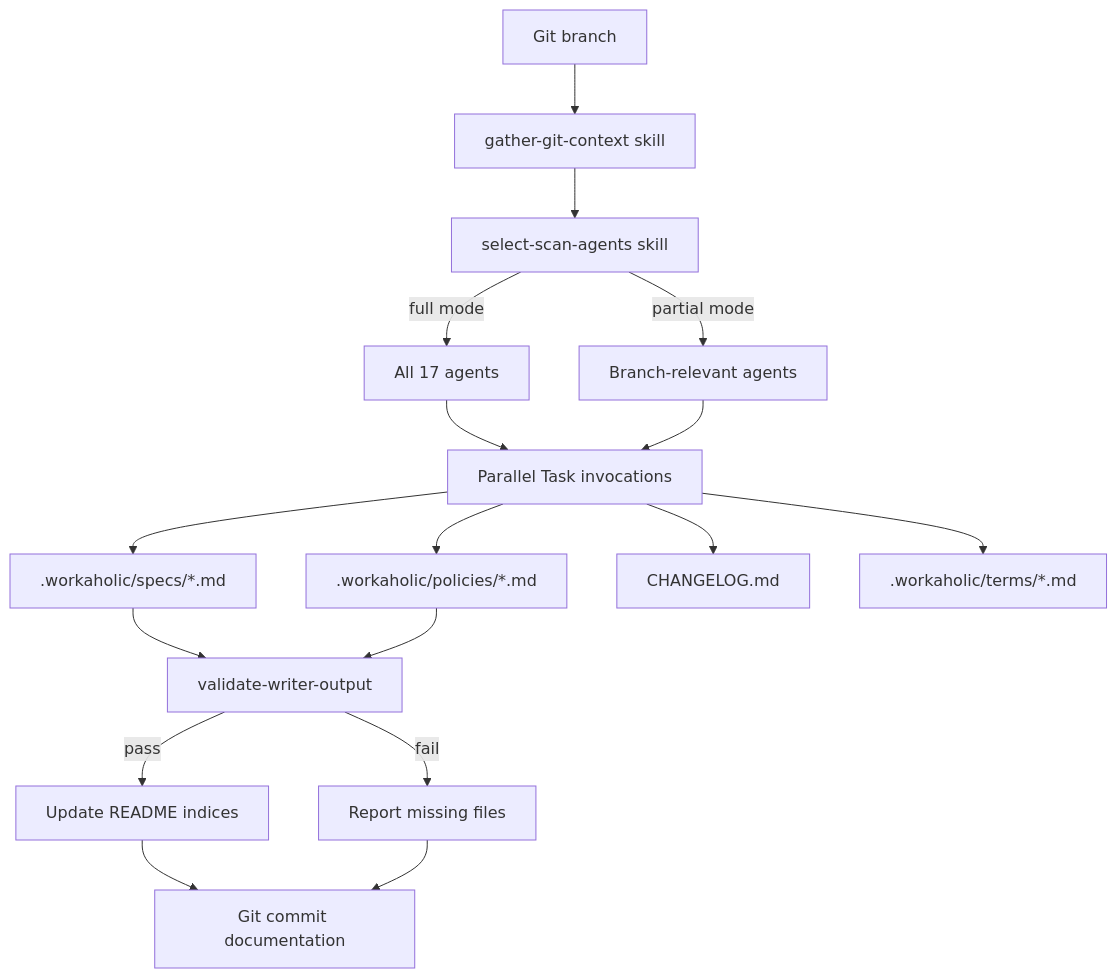
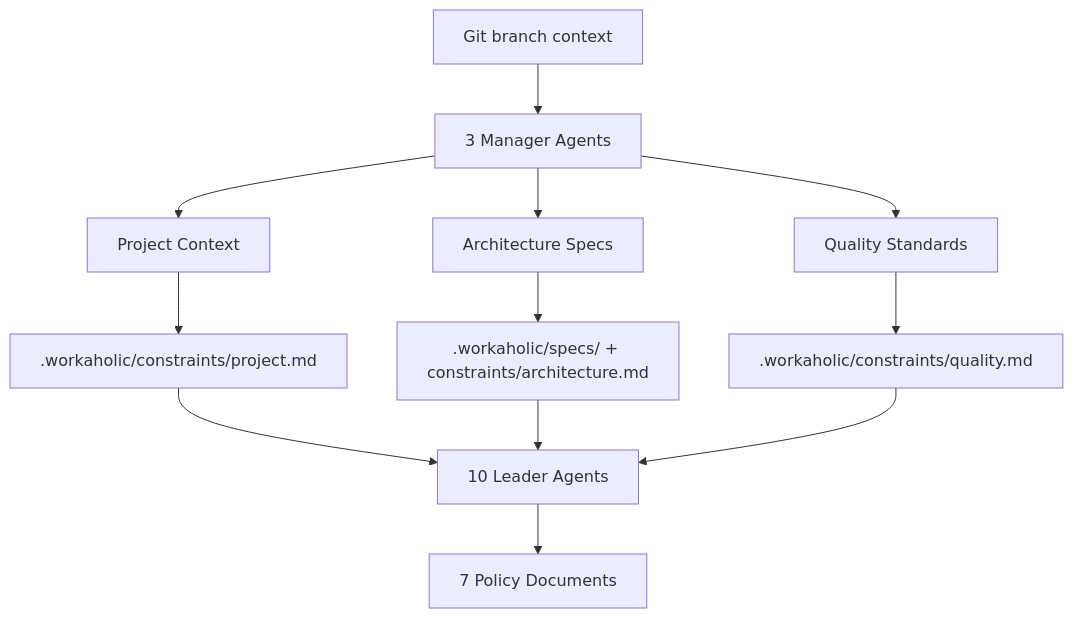
Before and after one commit to qmu/workaholic: the fifth of 6 diagrams in .workaholic/specs/application_ja.md, drawn with Mermaid. The commit also changed other lines of this file and 57 other files, not shown here.

````diff
--- a/.workaholic/specs/application_ja.md
+++ b/.workaholic/specs/application_ja.md
@@ -236,25 +215,17 @@
 ```mermaid
 flowchart TD
-    Branch[Git branch] --> Context[gather-git-context skill]
-    Context --> Select[select-scan-agents skill]
+    Context[Git branch context] --> Managers[3 Manager Agents]
+    Managers --> PM[Project Context]
+    Managers --> AM[Architecture Specs]
+    Managers --> QM[Quality Standards]
 
-    Select -->|full mode| All[All 17 agents]
-    Select -->|partial mode| Relevant[Branch-relevant agents]
+    PM --> Specs1[.workaholic/constraints/project.md]
+    AM --> Specs2[.workaholic/specs/ + constraints/architecture.md]
+    QM --> Specs3[.workaholic/constraints/quality.md]
 
-    All --> Invoke[Parallel Task invocations]
-    Relevant --> Invoke
+    Specs1 --> Leaders[10 Leader Agents]
+    Specs2 --> Leaders
+    Specs3 --> Leaders
 
-    Invoke --> Specs[.workaholic/specs/*.md]
-    Invoke --> Policies[.workaholic/policies/*.md]
-    Invoke --> Changelog[CHANGELOG.md]
-    Invoke --> Terms[.workaholic/terms/*.md]
-
-    Specs --> Validate[validate-writer-output]
-    Policies --> Validate
-
-    Validate -->|pass| Index[Update README indices]
-    Validate -->|fail| Report[Report missing files]
-
-    Index --> DocCommit[Git commit documentation]
-    Report --> DocCommit
+    Leaders --> Policies[7 Policy Documents]
 ```
````
